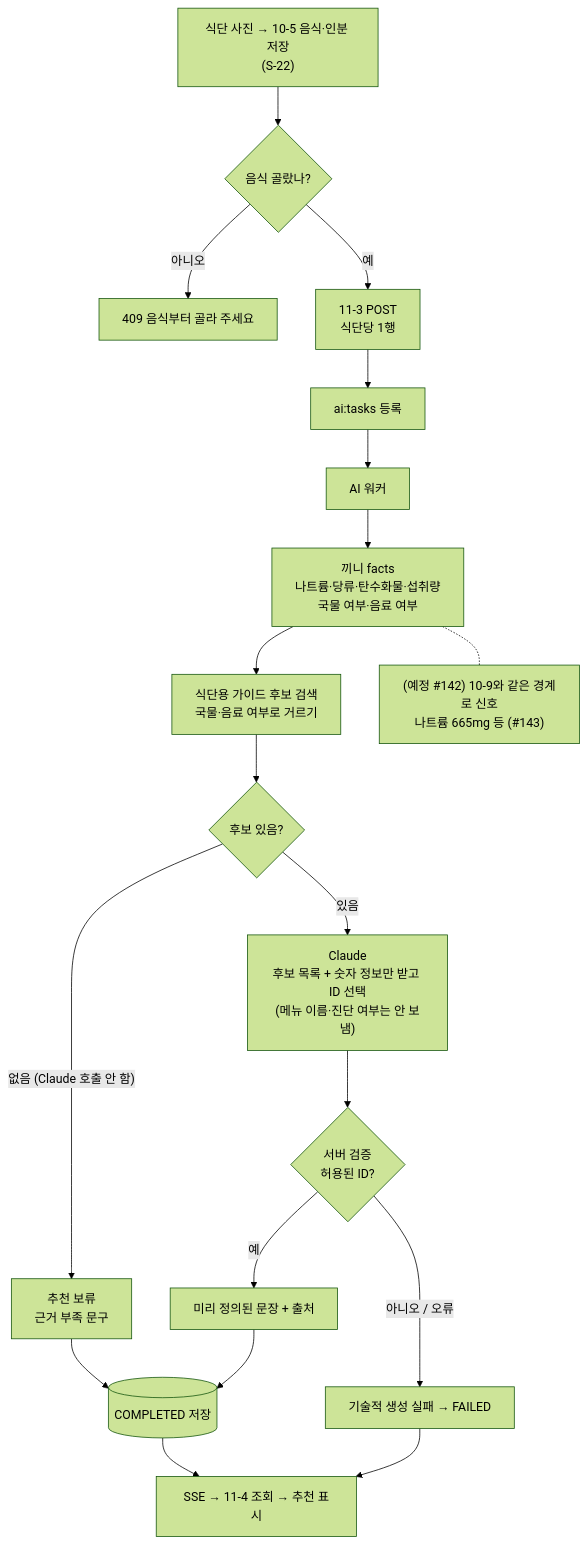
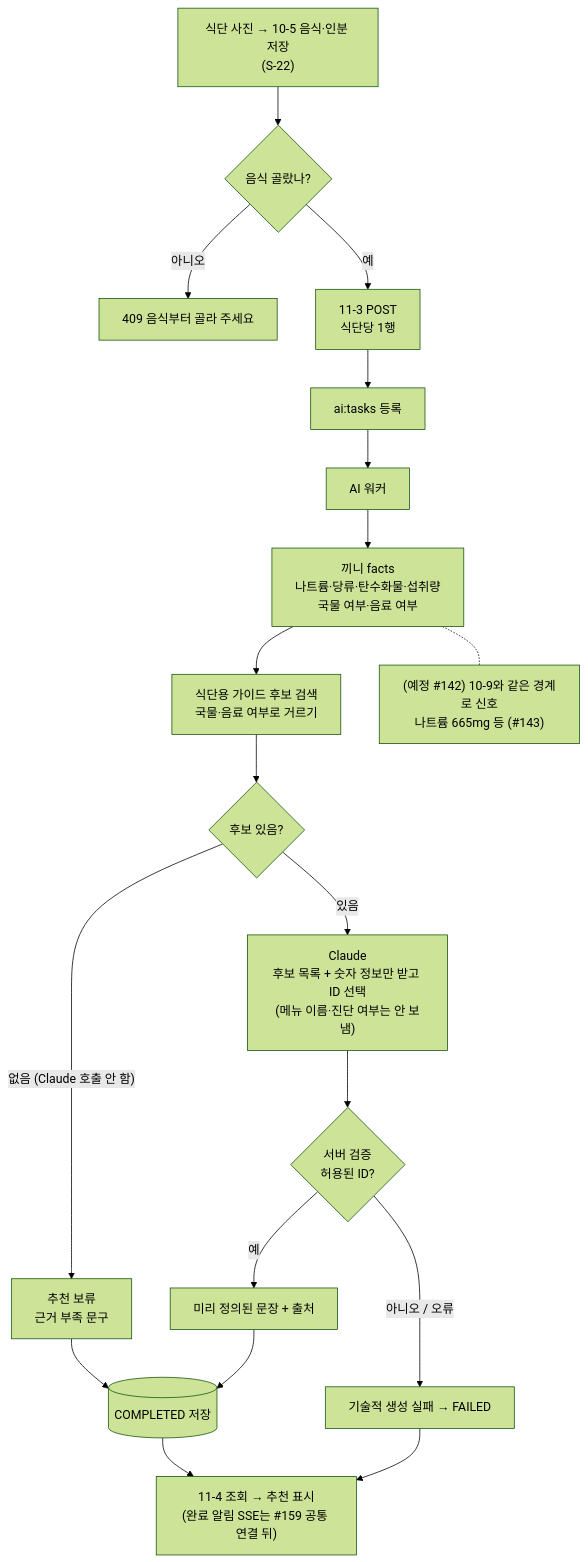
The second of 3 diagrams in docs/llm-pipeline.md (AI-HealthCare-07/pair2care), drawn with Mermaid (forest theme) before and after one commit. The commit also changed other lines of this file, not shown here.

Commit message:
docs: llm-pipeline 민준 리뷰 반영 (지금은 3초 조회·SSE는 #159 뒤, 걷기 이번 주→지난주, 사용량 로그는 Claude 호출 때만, 피드백 #166 실선)

````diff
--- a/docs/llm-pipeline.md
+++ b/docs/llm-pipeline.md
@@ -62,21 +68,21 @@
 ```mermaid
 flowchart TD
     A["식단 사진 → 10-5 음식·인분 저장<br/>(S-22)"] --> B{"음식 골랐나?"}
     B -- "아니오" --> X["409 음식부터 골라 주세요"]
     B -- 예 --> C["11-3 POST<br/>식단당 1행"]
     C --> D["ai:tasks 등록"]
     D --> E["AI 워커"]
     E --> F["끼니 facts<br/>나트륨·당류·탄수화물·섭취량<br/>국물 여부·음료 여부"]
     F --> G["식단용 가이드 후보 검색<br/>국물·음료 여부로 거르기"]
     F -.- TH["(예정 #142) 10-9와 같은 경계로 신호<br/>나트륨 665mg 등 (#143)"]
     G --> J{"후보 있음?"}
     J -- "없음 (Claude 호출 안 함)" --> K["추천 보류<br/>근거 부족 문구"]
     J -- 있음 --> H["Claude<br/>후보 목록 + 숫자 정보만 받고 ID 선택<br/>(메뉴 이름·진단 여부는 안 보냄)"]
     H --> V{"서버 검증<br/>허용된 ID?"}
     V -- 예 --> O["미리 정의된 문장 + 출처"]
     V -- "아니오 / 오류" --> N["기술적 생성 실패 → FAILED"]
     K --> I[("COMPLETED 저장")]
     O --> I
-    I --> R["SSE → 11-4 조회 → 추천 표시"]
+    I --> R["11-4 조회 → 추천 표시<br/>(완료 알림 SSE는 #159 공통 연결 뒤)"]
     N --> R
 ```
````
